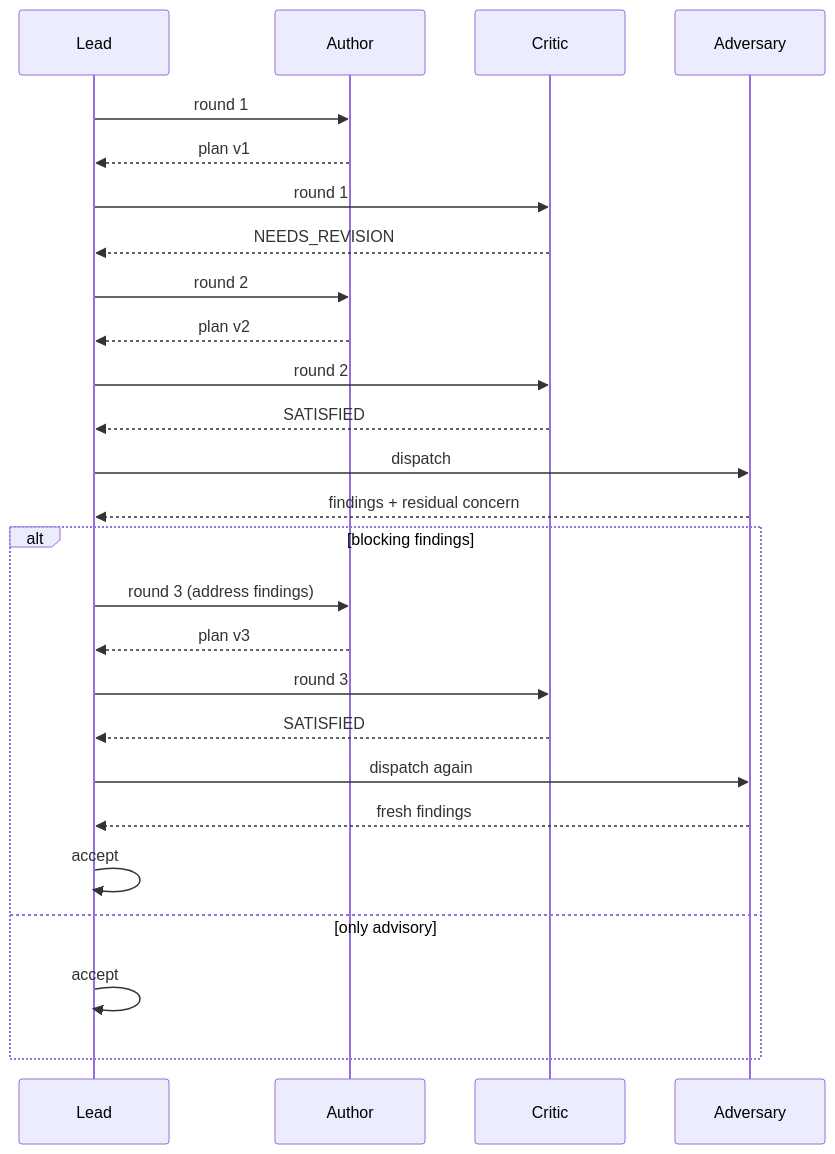
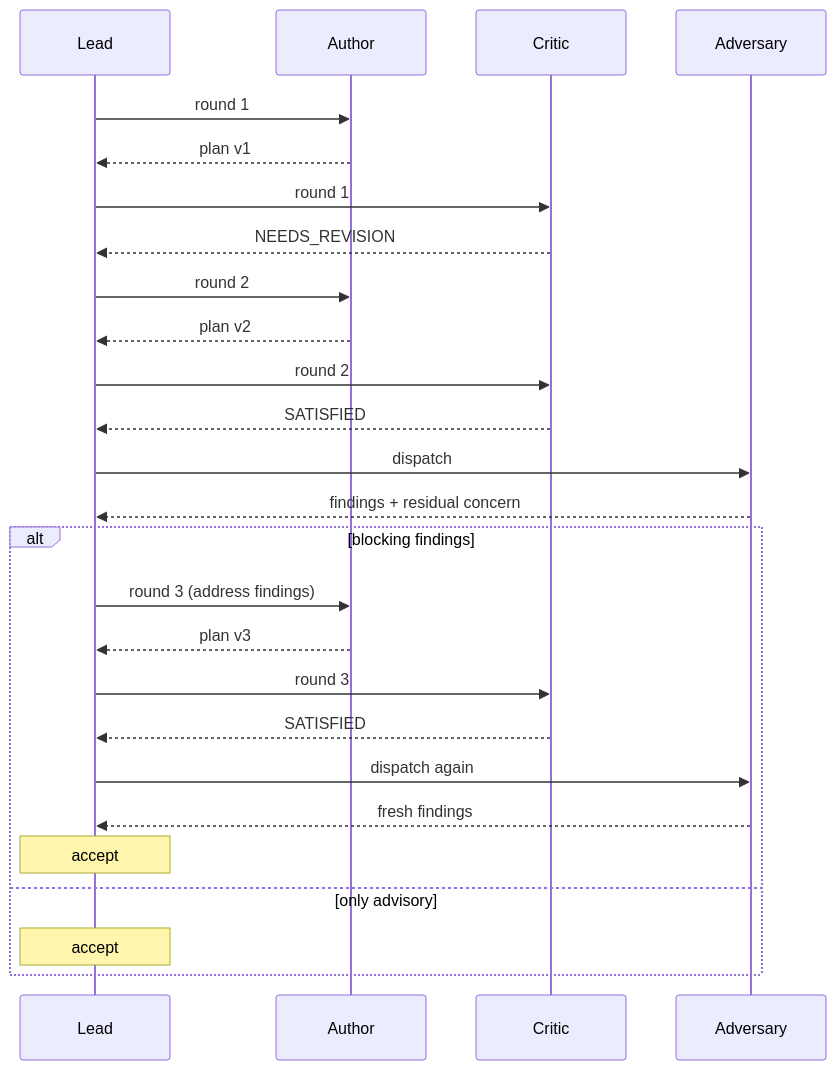
The fifth of 6 diagrams in docs/squad-methodology.md (sformisano/sf-skills-catalog), drawn with Mermaid before and after one commit. The commit also changed other lines of this file, not shown here.

````diff
--- a/docs/squad-methodology.md
+++ b/docs/squad-methodology.md
@@ -228,28 +228,28 @@
 ```mermaid
 sequenceDiagram
     participant Lead
     participant Author
     participant Critic
     participant Adversary
     Lead->>Author: round 1
     Author-->>Lead: plan v1
     Lead->>Critic: round 1
     Critic-->>Lead: NEEDS_REVISION
     Lead->>Author: round 2
     Author-->>Lead: plan v2
     Lead->>Critic: round 2
     Critic-->>Lead: SATISFIED
     Lead->>Adversary: dispatch
     Adversary-->>Lead: findings + residual concern
     alt blocking findings
         Lead->>Author: round 3 (address findings)
         Author-->>Lead: plan v3
         Lead->>Critic: round 3
         Critic-->>Lead: SATISFIED
         Lead->>Adversary: dispatch again
         Adversary-->>Lead: fresh findings
-        Lead->>Lead: accept
+        Note over Lead: accept
     else only advisory
-        Lead->>Lead: accept
+        Note over Lead: accept
     end
 ```
````
